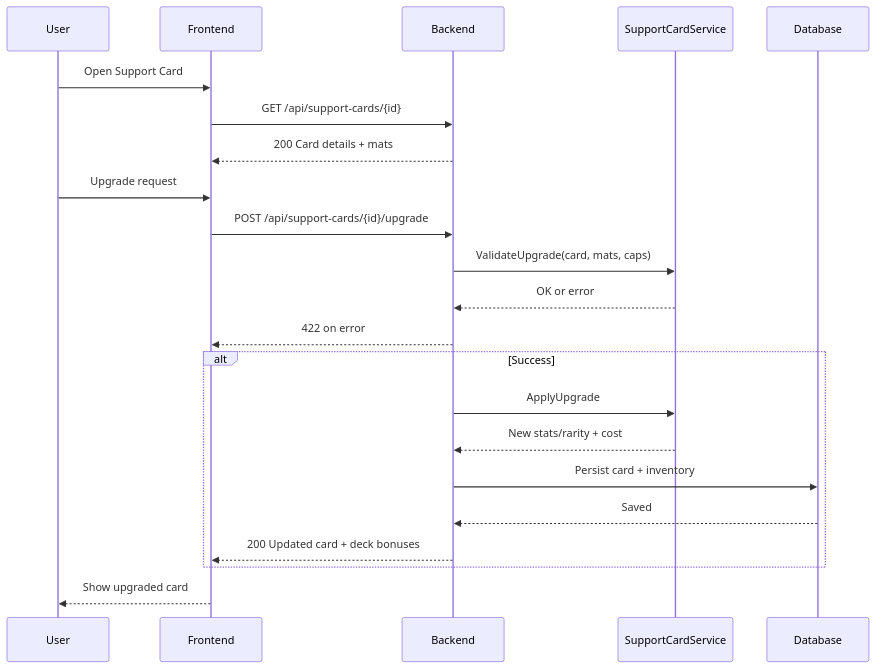
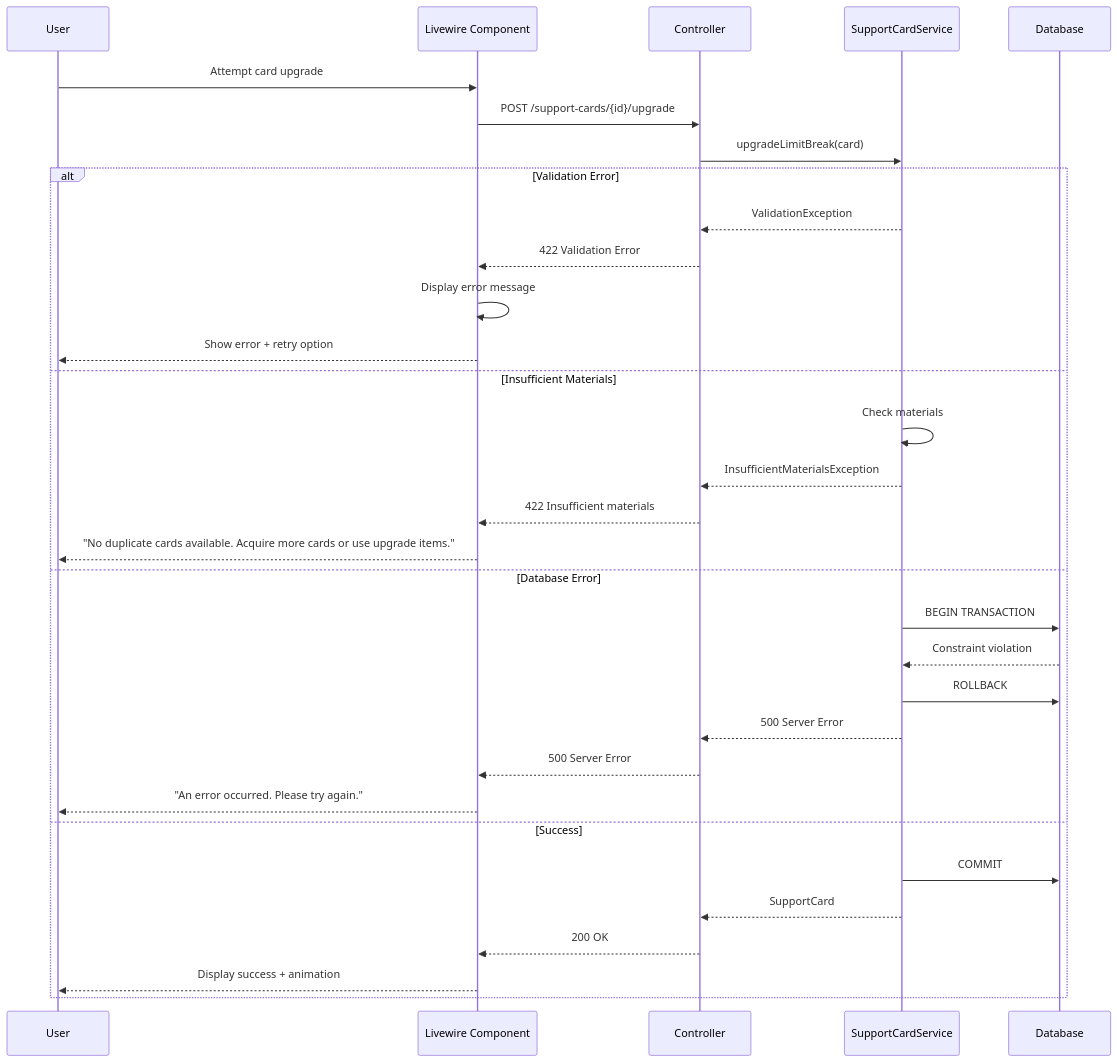
Before and after one commit to exatfrds67/umamusume-career-planner: the second of 2 diagrams in docs/01-sequences/SEQ-005_Support_Card_Upgrade.md, drawn with Mermaid. The commit also changed other lines of this file and 67 other files, not shown here.

````diff
--- a/docs/01-sequences/SEQ-005_Support_Card_Upgrade.md
+++ b/docs/01-sequences/SEQ-005_Support_Card_Upgrade.md
@@ -30,27 +796,36 @@
 ```mermaid
 sequenceDiagram
-    participant U as User
-    participant UI as Frontend
-    participant API as Backend
-    participant SC as SupportCardService
+    participant User
+    participant UI as Livewire Component
+    participant Controller
+    participant Service as SupportCardService
     participant DB as Database
 
-    U->>UI: Open Support Card
-    UI->>API: GET /api/support-cards/{id}
-    API-->>UI: 200 Card details + mats
-
-    U->>UI: Upgrade request
-    UI->>API: POST /api/support-cards/{id}/upgrade
-    API->>SC: ValidateUpgrade(card, mats, caps)
-    SC-->>API: OK or error
-    API-->>UI: 422 on error
-
-    alt Success
-        API->>SC: ApplyUpgrade
-        SC-->>API: New stats/rarity + cost
-        API->>DB: Persist card + inventory
-        DB-->>API: Saved
-        API-->>UI: 200 Updated card + deck bonuses
+    User->>UI: Attempt card upgrade
+    UI->>Controller: POST /support-cards/{id}/upgrade
+    Controller->>Service: upgradeLimitBreak(card)
+    
+    alt Validation Error
+        Service-->>Controller: ValidationException
+        Controller-->>UI: 422 Validation Error
+        UI->>UI: Display error message
+        UI-->>User: Show error + retry option
+    else Insufficient Materials
+        Service->>Service: Check materials
+        Service-->>Controller: InsufficientMaterialsException
+        Controller-->>UI: 422 Insufficient materials
+        UI-->>User: "No duplicate cards available. Acquire more cards or use upgrade items."
+    else Database Error
+        Service->>DB: BEGIN TRANSACTION
+        DB-->>Service: Constraint violation
+        Service->>DB: ROLLBACK
+        Service-->>Controller: 500 Server Error
+        Controller-->>UI: 500 Server Error
+        UI-->>User: "An error occurred. Please try again."
+    else Success
+        Service->>DB: COMMIT
+        Service-->>Controller: SupportCard
+        Controller-->>UI: 200 OK
+        UI-->>User: Display success + animation
     end
-    UI-->>U: Show upgraded card
 ```
````
